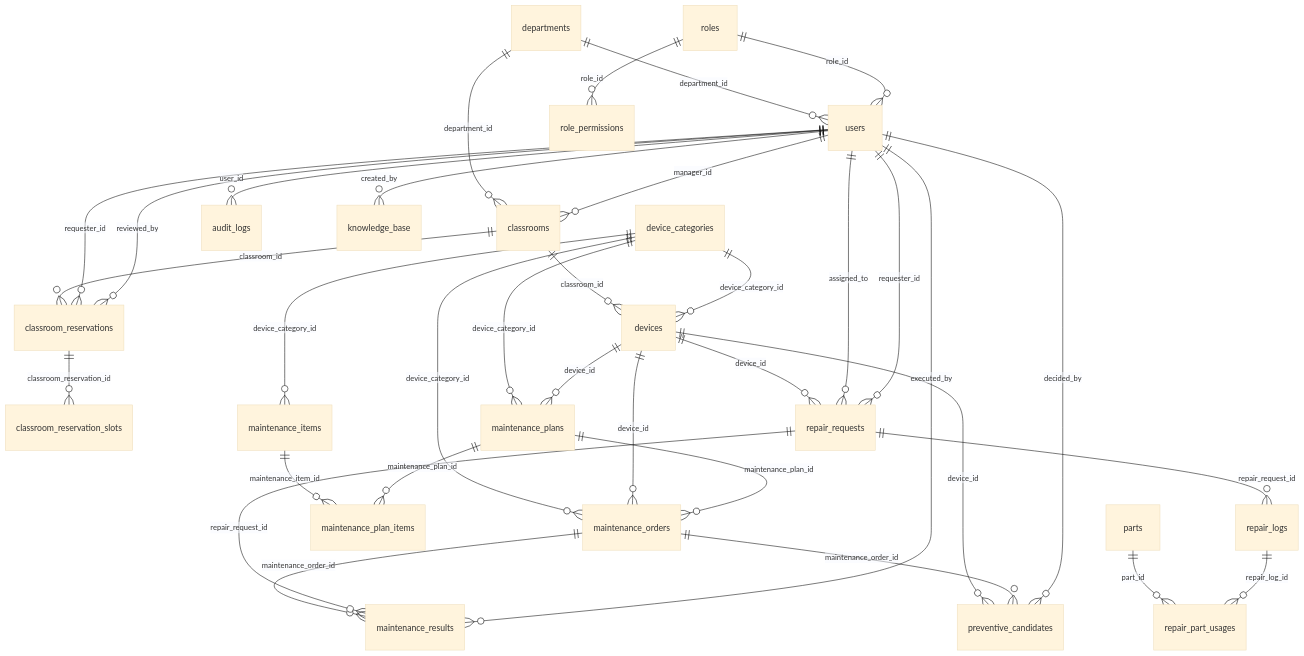
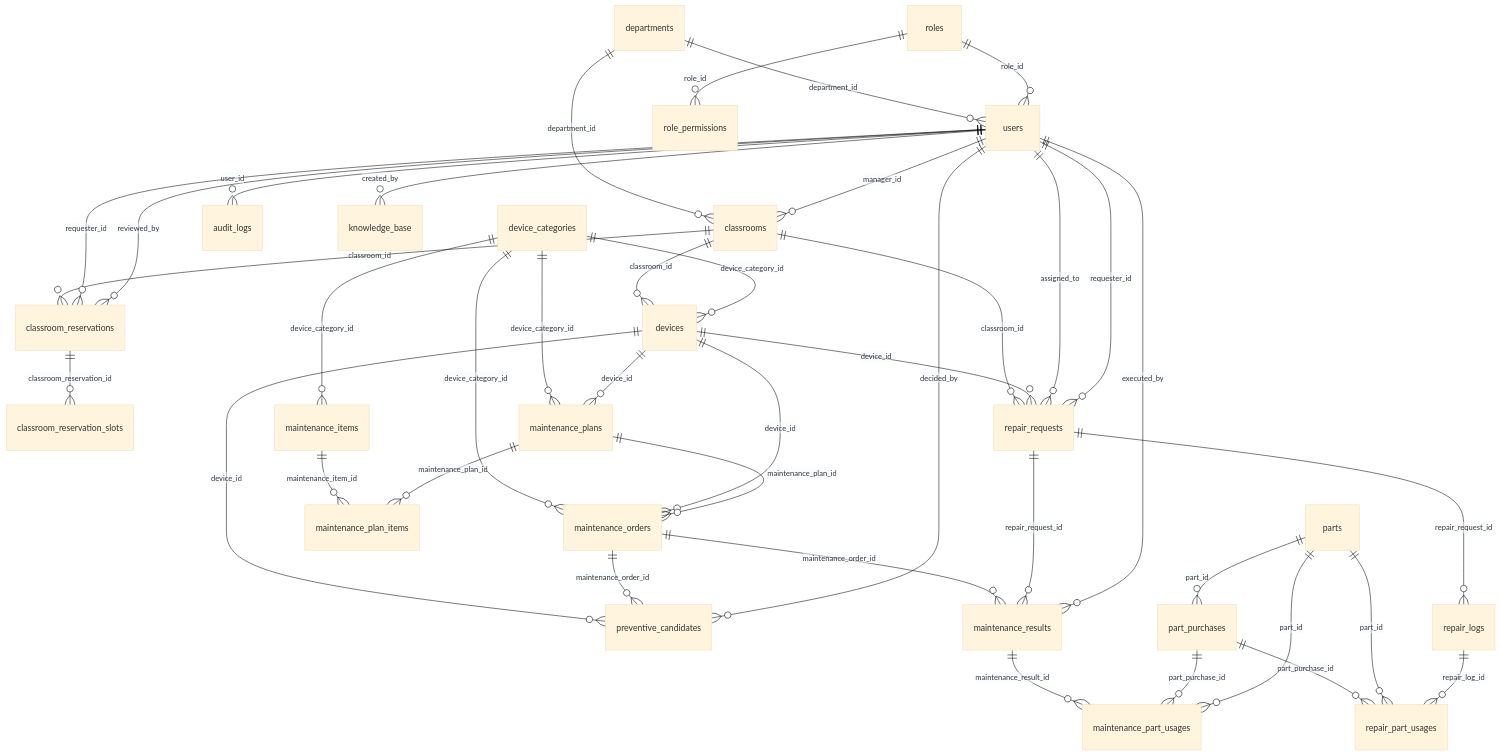
One commit to 111534202/school-maintenance changed the diagram in docs/資料庫命名規範與資料字典.md. Above: the diagram before and after it, drawn with Mermaid (base theme). The commit also changed other lines of this file, not shown here.

````diff
--- a/docs/資料庫命名規範與資料字典.md
+++ b/docs/資料庫命名規範與資料字典.md
@@ -256,36 +264,42 @@
 ```mermaid
 erDiagram
     classroom_reservations ||--o{ classroom_reservation_slots : "classroom_reservation_id"
     classrooms ||--o{ classroom_reservations : "classroom_id"
     classrooms ||--o{ devices : "classroom_id"
+    classrooms ||--o{ repair_requests : "classroom_id"
     departments ||--o{ classrooms : "department_id"
     departments ||--o{ users : "department_id"
     device_categories ||--o{ devices : "device_category_id"
     device_categories ||--o{ maintenance_items : "device_category_id"
     device_categories ||--o{ maintenance_orders : "device_category_id"
     device_categories ||--o{ maintenance_plans : "device_category_id"
     devices ||--o{ maintenance_orders : "device_id"
     devices ||--o{ maintenance_plans : "device_id"
     devices ||--o{ preventive_candidates : "device_id"
     devices ||--o{ repair_requests : "device_id"
     maintenance_items ||--o{ maintenance_plan_items : "maintenance_item_id"
     maintenance_orders ||--o{ maintenance_results : "maintenance_order_id"
     maintenance_orders ||--o{ preventive_candidates : "maintenance_order_id"
     maintenance_plans ||--o{ maintenance_orders : "maintenance_plan_id"
     maintenance_plans ||--o{ maintenance_plan_items : "maintenance_plan_id"
+    maintenance_results ||--o{ maintenance_part_usages : "maintenance_result_id"
+    part_purchases ||--o{ maintenance_part_usages : "part_purchase_id"
+    part_purchases ||--o{ repair_part_usages : "part_purchase_id"
+    parts ||--o{ maintenance_part_usages : "part_id"
+    parts ||--o{ part_purchases : "part_id"
     parts ||--o{ repair_part_usages : "part_id"
     repair_logs ||--o{ repair_part_usages : "repair_log_id"
     repair_requests ||--o{ maintenance_results : "repair_request_id"
     repair_requests ||--o{ repair_logs : "repair_request_id"
     roles ||--o{ role_permissions : "role_id"
     roles ||--o{ users : "role_id"
     users ||--o{ audit_logs : "user_id"
     users ||--o{ classroom_reservations : "requester_id"
     users ||--o{ classroom_reservations : "reviewed_by"
     users ||--o{ classrooms : "manager_id"
     users ||--o{ knowledge_base : "created_by"
     users ||--o{ maintenance_results : "executed_by"
     users ||--o{ preventive_candidates : "decided_by"
     users ||--o{ repair_requests : "assigned_to"
     users ||--o{ repair_requests : "requester_id"
 ```
````
